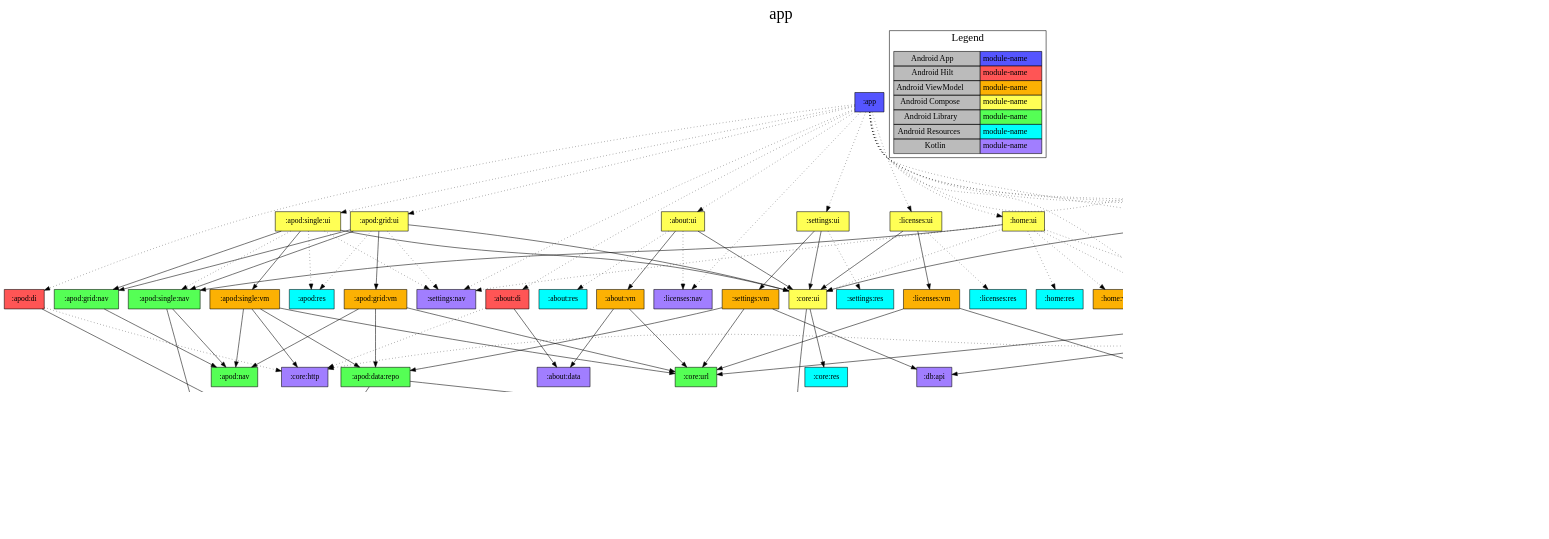
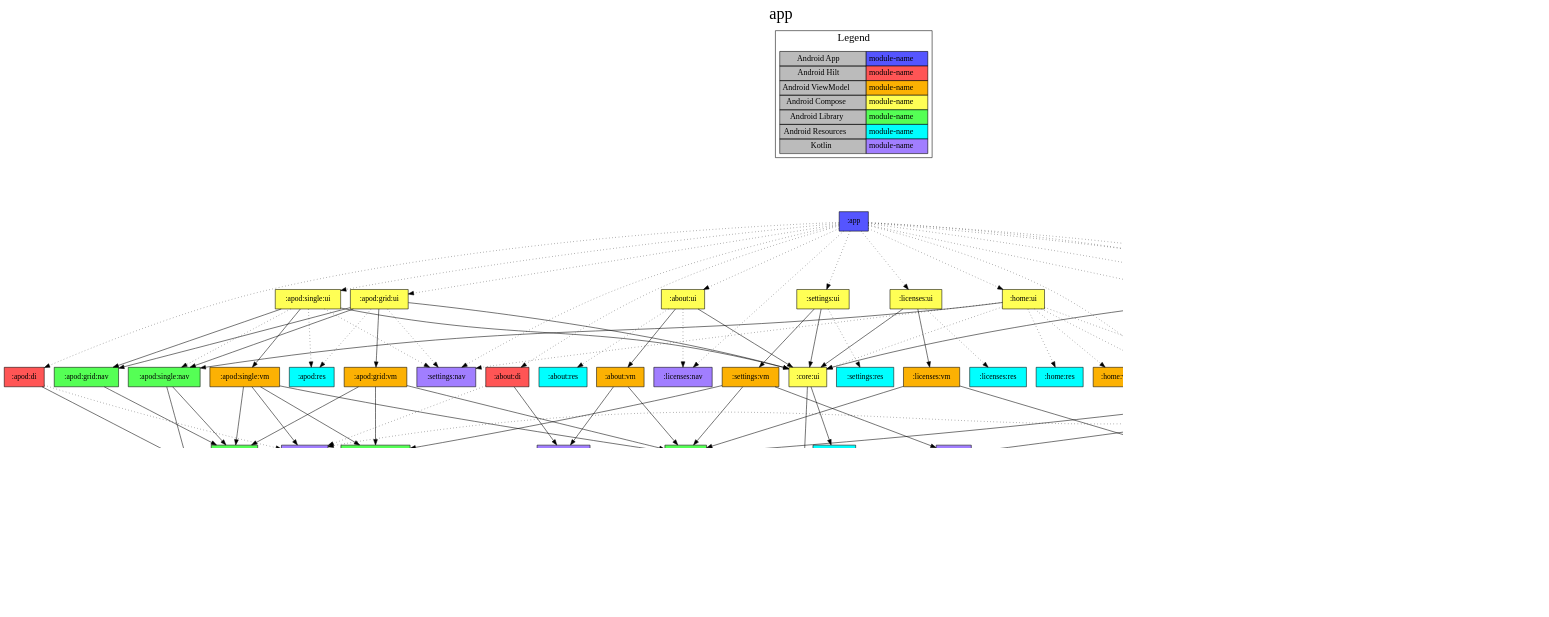
Before and after one commit to jonapoul/nasa-android: the diagram in app/project-dependency-graph.dot, drawn with Graphviz. The commit also changed 6 other files, not shown here.

Commit message:
Improve modules graph

```diff
--- a/app/project-dependency-graph.dot
+++ b/app/project-dependency-graph.dot
@@ -1,165 +1,165 @@
 digraph {
 edge ["dir"="forward"]
-graph ["dpi"="100","label"="app","labelloc"="t","fontsize"="30","ranksep"="1.5"]
+graph ["dpi"="100","label"="app","labelloc"="t","fontsize"="30","ranksep"="1.5","rankdir"="TB"]
 node ["style"="filled"]
 ":app" ["shape"="box","fillcolor"="#5555FF"]
 ":about:di" ["fillcolor"="#FF5555","shape"="box"]
 ":about:data" ["fillcolor"="#A17EFF","shape"="box"]
 ":core:http" ["fillcolor"="#A17EFF","shape"="box"]
 ":about:nav" ["fillcolor"="#A17EFF","shape"="box"]
 ":about:ui" ["fillcolor"="#FFFF55","shape"="box"]
 ":about:vm" ["fillcolor"="#FCB103","shape"="box"]
 ":core:url" ["fillcolor"="#55FF55","shape"="box"]
 ":core:ui" ["fillcolor"="#FFFF55","shape"="box"]
 ":core:model" ["fillcolor"="#A17EFF","shape"="box"]
 ":core:res" ["fillcolor"="#00FFFF","shape"="box"]
 ":about:res" ["fillcolor"="#00FFFF","shape"="box"]
 ":licenses:nav" ["fillcolor"="#A17EFF","shape"="box"]
 ":apod:di" ["fillcolor"="#FF5555","shape"="box"]
 ":apod:data:api" ["fillcolor"="#A17EFF","shape"="box"]
 ":apod:model" ["fillcolor"="#A17EFF","shape"="box"]
 ":apod:grid:ui" ["fillcolor"="#FFFF55","shape"="box"]
 ":apod:grid:nav" ["fillcolor"="#55FF55","shape"="box"]
 ":apod:nav" ["fillcolor"="#55FF55","shape"="box"]
 ":apod:grid:vm" ["fillcolor"="#FCB103","shape"="box"]
 ":apod:data:repo" ["fillcolor"="#55FF55","shape"="box"]
 ":db:apod" ["fillcolor"="#A17EFF","shape"="box"]
 ":apod:single:nav" ["fillcolor"="#55FF55","shape"="box"]
 ":apod:res" ["fillcolor"="#00FFFF","shape"="box"]
 ":settings:nav" ["fillcolor"="#A17EFF","shape"="box"]
 ":apod:single:ui" ["fillcolor"="#FFFF55","shape"="box"]
 ":apod:single:vm" ["fillcolor"="#FCB103","shape"="box"]
 ":db:di" ["fillcolor"="#FF5555","shape"="box"]
 ":db:impl" ["fillcolor"="#55FF55","shape"="box"]
 ":db:api" ["fillcolor"="#A17EFF","shape"="box"]
 ":db:gallery" ["fillcolor"="#A17EFF","shape"="box"]
 ":gallery:di" ["fillcolor"="#FF5555","shape"="box"]
 ":gallery:data:api" ["fillcolor"="#A17EFF","shape"="box"]
 ":gallery:model" ["fillcolor"="#A17EFF","shape"="box"]
 ":gallery:search:ui" ["fillcolor"="#FFFF55","shape"="box"]
 ":gallery:nav" ["fillcolor"="#A17EFF","shape"="box"]
 ":gallery:search:vm" ["fillcolor"="#FCB103","shape"="box"]
 ":gallery:data:repo" ["fillcolor"="#55FF55","shape"="box"]
 ":gallery:res" ["fillcolor"="#00FFFF","shape"="box"]
 ":home:nav" ["fillcolor"="#A17EFF","shape"="box"]
 ":home:ui" ["fillcolor"="#FFFF55","shape"="box"]
 ":home:res" ["fillcolor"="#00FFFF","shape"="box"]
 ":home:vm" ["fillcolor"="#FCB103","shape"="box"]
 ":licenses:di" ["fillcolor"="#FF5555","shape"="box"]
 ":licenses:data" ["fillcolor"="#A17EFF","shape"="box"]
 ":licenses:ui" ["fillcolor"="#FFFF55","shape"="box"]
 ":licenses:vm" ["fillcolor"="#FCB103","shape"="box"]
 ":licenses:res" ["fillcolor"="#00FFFF","shape"="box"]
 ":settings:ui" ["fillcolor"="#FFFF55","shape"="box"]
 ":settings:vm" ["fillcolor"="#FCB103","shape"="box"]
 ":settings:res" ["fillcolor"="#00FFFF","shape"="box"]
 {
 edge ["dir"="none"]
 graph ["rank"="same"]
 ":app"
-}
-subgraph "cluster_legend" {
-edge ["dir"="none"]
-graph ["label"="Legend","fontsize"="20"]
-"Legend" ["style"="filled","fillcolor"="#bbbbbb","shape"="none","margin"="0","fontsize"="15","label"=<
-<TABLE BORDER="0" CELLBORDER="1" CELLSPACING="0" CELLPADDING="4">
-<TR><TD>Android App</TD><TD BGCOLOR="#5555FF">module-name</TD></TR>
-<TR><TD>Android Hilt</TD><TD BGCOLOR="#FF5555">module-name</TD></TR>
-<TR><TD>Android ViewModel</TD><TD BGCOLOR="#FCB103">module-name</TD></TR>
-<TR><TD>Android Compose</TD><TD BGCOLOR="#FFFF55">module-name</TD></TR>
-<TR><TD>Android Library</TD><TD BGCOLOR="#55FF55">module-name</TD></TR>
-<TR><TD>Android Resources</TD><TD BGCOLOR="#00FFFF">module-name</TD></TR>
-<TR><TD>Kotlin</TD><TD BGCOLOR="#A17EFF">module-name</TD></TR>
-</TABLE>
->]
 }
 ":app" -> ":about:di" ["style"="dotted"]
 ":app" -> ":about:nav" ["style"="dotted"]
 ":app" -> ":about:ui" ["style"="dotted"]
 ":app" -> ":apod:di" ["style"="dotted"]
 ":app" -> ":apod:grid:ui" ["style"="dotted"]
 ":app" -> ":apod:single:ui" ["style"="dotted"]
 ":app" -> ":db:di" ["style"="dotted"]
 ":app" -> ":gallery:di" ["style"="dotted"]
 ":app" -> ":gallery:search:ui" ["style"="dotted"]
 ":app" -> ":home:nav" ["style"="dotted"]
 ":app" -> ":home:ui" ["style"="dotted"]
 ":app" -> ":licenses:di" ["style"="dotted"]
 ":app" -> ":licenses:nav" ["style"="dotted"]
 ":app" -> ":licenses:ui" ["style"="dotted"]
 ":app" -> ":settings:nav" ["style"="dotted"]
 ":app" -> ":settings:ui" ["style"="dotted"]
 ":about:di" -> ":about:data"
 ":about:di" -> ":core:http" ["style"="dotted"]
 ":about:ui" -> ":about:vm"
 ":about:ui" -> ":core:ui"
 ":about:ui" -> ":about:res" ["style"="dotted"]
 ":about:ui" -> ":licenses:nav" ["style"="dotted"]
 ":about:vm" -> ":about:data"
 ":about:vm" -> ":core:url"
 ":core:ui" -> ":core:model"
 ":core:ui" -> ":core:res"
 ":apod:di" -> ":apod:data:api"
 ":apod:di" -> ":core:http" ["style"="dotted"]
 ":apod:data:api" -> ":apod:model"
 ":apod:data:api" -> ":core:model"
 ":apod:grid:ui" -> ":apod:grid:nav"
 ":apod:grid:ui" -> ":apod:grid:vm"
 ":apod:grid:ui" -> ":apod:single:nav"
 ":apod:grid:ui" -> ":core:ui"
 ":apod:grid:ui" -> ":apod:res" ["style"="dotted"]
 ":apod:grid:ui" -> ":settings:nav" ["style"="dotted"]
 ":apod:grid:nav" -> ":apod:nav"
 ":apod:grid:vm" -> ":apod:data:repo"
 ":apod:grid:vm" -> ":apod:nav"
 ":apod:grid:vm" -> ":core:url"
 ":apod:data:repo" -> ":apod:data:api"
 ":apod:data:repo" -> ":db:apod"
 ":apod:single:nav" -> ":apod:model"
 ":apod:single:nav" -> ":apod:nav"
 ":apod:single:ui" -> ":apod:grid:nav"
 ":apod:single:ui" -> ":apod:single:vm"
 ":apod:single:ui" -> ":core:ui"
 ":apod:single:ui" -> ":apod:res" ["style"="dotted"]
 ":apod:single:ui" -> ":apod:single:nav" ["style"="dotted"]
 ":apod:single:ui" -> ":settings:nav" ["style"="dotted"]
 ":apod:single:vm" -> ":apod:data:repo"
 ":apod:single:vm" -> ":apod:nav"
 ":apod:single:vm" -> ":core:http"
 ":apod:single:vm" -> ":core:url"
 ":db:di" -> ":db:impl"
 ":db:impl" -> ":db:api"
 ":db:impl" -> ":db:apod"
 ":db:impl" -> ":db:gallery"
 ":gallery:di" -> ":gallery:data:api"
 ":gallery:di" -> ":core:http" ["style"="dotted"]
 ":gallery:di" -> ":core:model" ["style"="dotted"]
 ":gallery:data:api" -> ":gallery:model"
 ":gallery:search:ui" -> ":core:ui"
 ":gallery:search:ui" -> ":gallery:nav"
 ":gallery:search:ui" -> ":gallery:search:vm"
 ":gallery:search:ui" -> ":gallery:res" ["style"="dotted"]
 ":gallery:search:vm" -> ":core:url"
 ":gallery:search:vm" -> ":gallery:data:repo"
 ":gallery:data:repo" -> ":db:gallery"
 ":gallery:data:repo" -> ":gallery:data:api"
 ":home:ui" -> ":apod:single:nav"
 ":home:ui" -> ":about:nav" ["style"="dotted"]
 ":home:ui" -> ":core:ui" ["style"="dotted"]
 ":home:ui" -> ":gallery:nav" ["style"="dotted"]
 ":home:ui" -> ":home:res" ["style"="dotted"]
 ":home:ui" -> ":home:vm" ["style"="dotted"]
 ":home:ui" -> ":settings:nav" ["style"="dotted"]
 ":licenses:di" -> ":licenses:data"
 ":licenses:ui" -> ":core:ui"
 ":licenses:ui" -> ":licenses:vm"
 ":licenses:ui" -> ":licenses:res" ["style"="dotted"]
 ":licenses:vm" -> ":core:url"
 ":licenses:vm" -> ":licenses:data"
 ":settings:ui" -> ":core:ui"
 ":settings:ui" -> ":settings:vm"
 ":settings:ui" -> ":settings:res" ["style"="dotted"]
 ":settings:vm" -> ":apod:data:repo"
 ":settings:vm" -> ":core:url"
 ":settings:vm" -> ":db:api"
+subgraph "cluster_legend" {
+edge ["dir"="none"]
+graph ["label"="Legend","fontsize"="20"]
+"Legend" ["style"="filled","fillcolor"="#bbbbbb","shape"="none","margin"="0","fontsize"="15","label"=<
+<TABLE BORDER="0" CELLBORDER="1" CELLSPACING="0" CELLPADDING="4">
+<TR><TD>Android App</TD><TD BGCOLOR="#5555FF">module-name</TD></TR>
+<TR><TD>Android Hilt</TD><TD BGCOLOR="#FF5555">module-name</TD></TR>
+<TR><TD>Android ViewModel</TD><TD BGCOLOR="#FCB103">module-name</TD></TR>
+<TR><TD>Android Compose</TD><TD BGCOLOR="#FFFF55">module-name</TD></TR>
+<TR><TD>Android Library</TD><TD BGCOLOR="#55FF55">module-name</TD></TR>
+<TR><TD>Android Resources</TD><TD BGCOLOR="#00FFFF">module-name</TD></TR>
+<TR><TD>Kotlin</TD><TD BGCOLOR="#A17EFF">module-name</TD></TR>
+</TABLE>
+>]
+} -> ":app" ["style"="invis"]
 }
```
